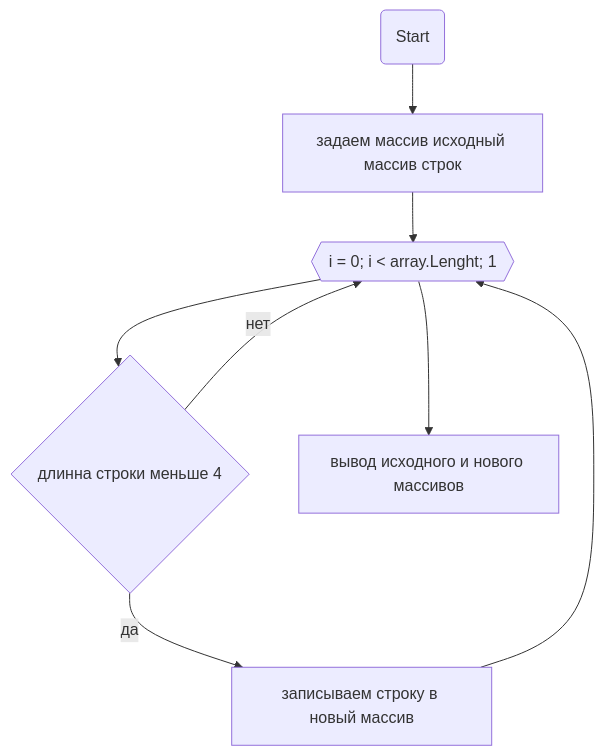
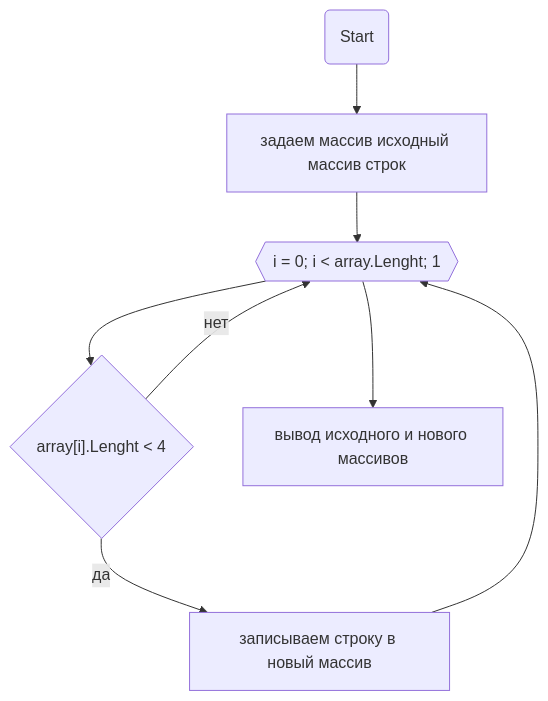
Before and after one commit to Adalberto777/FinalTestWork: the diagram in README.md, drawn with Mermaid.

Commit message:
block diagram

````diff
--- a/README.md
+++ b/README.md
@@ -14,10 +14,10 @@
 ```mermaid
   graph TB;       
     node1(Start)  --> node2[задаем исходный массив строк];
     node2[задаем массив исходный массив строк] --> node3{{"i = 0; i < array.Lenght; 1"}};
-    node3{{"i = 0; i < array.Lenght; 1"}} --> node4{длинна строки меньше 4};
-    node4{длинна строки меньше 4} -- да --> node5[записываем строку в новый массив];
+    node3{{"i = 0; i < array.Lenght; 1"}} --> node4{"array[i].Lenght < 4"};
+    node4{"array[i].Lenght < 4"} -- да --> node5[записываем строку в новый массив];
     node5[записываем строку в новый массив] --> node3{{"i = 0; i < array.Lenght; 1"}};
-    node4{длинна строки меньше 4} -- нет --> node3{{"i=0; i<array.Lenght;1"}};
+    node4{"array[i].Lenght < 4"} -- нет --> node3{{"i=0; i<array.Lenght;1"}};
     node3{{"i = 0; i < array.Lenght; 1"}} --> node6[вывод исходного и нового массивов];
 ```
````
